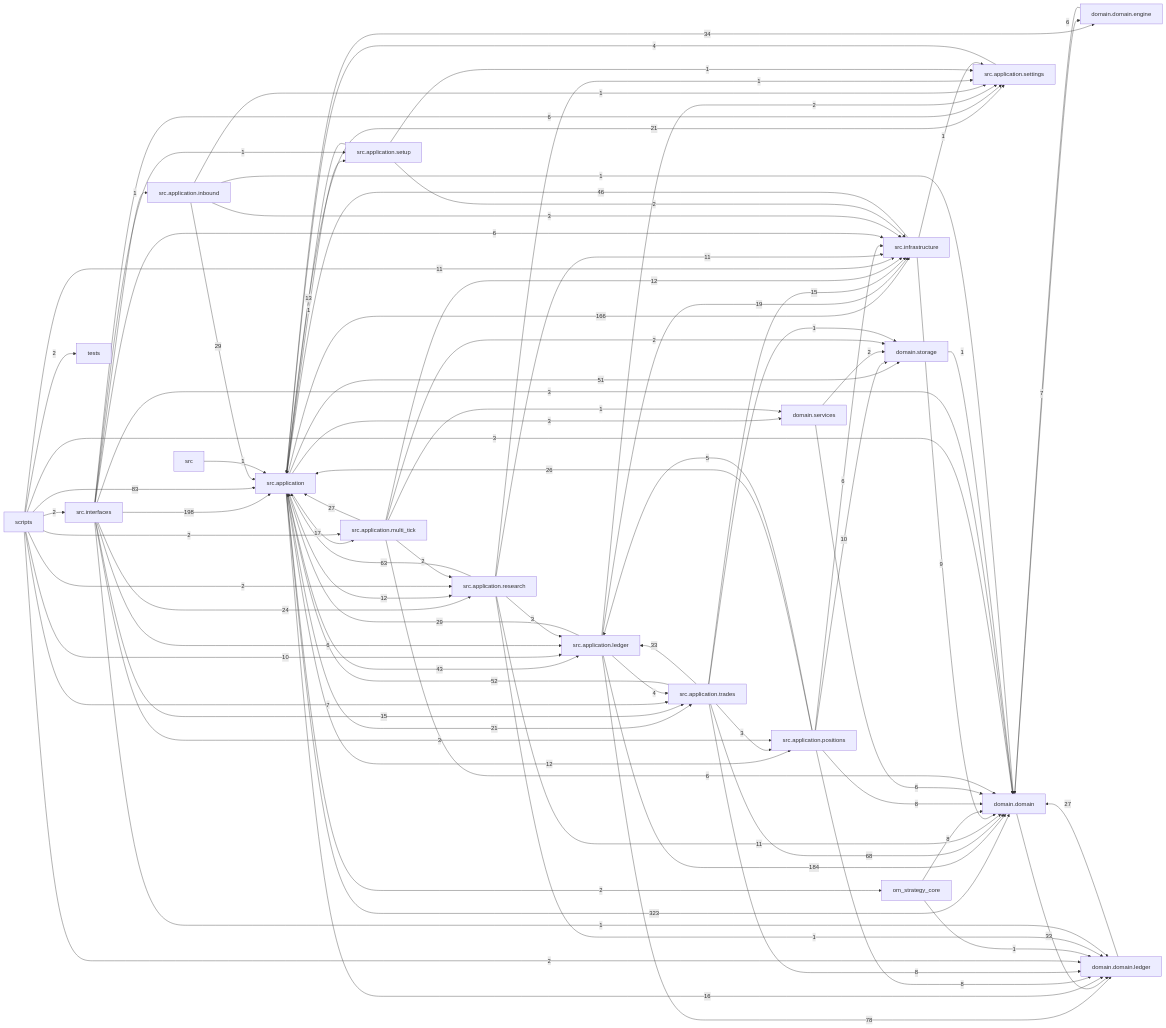
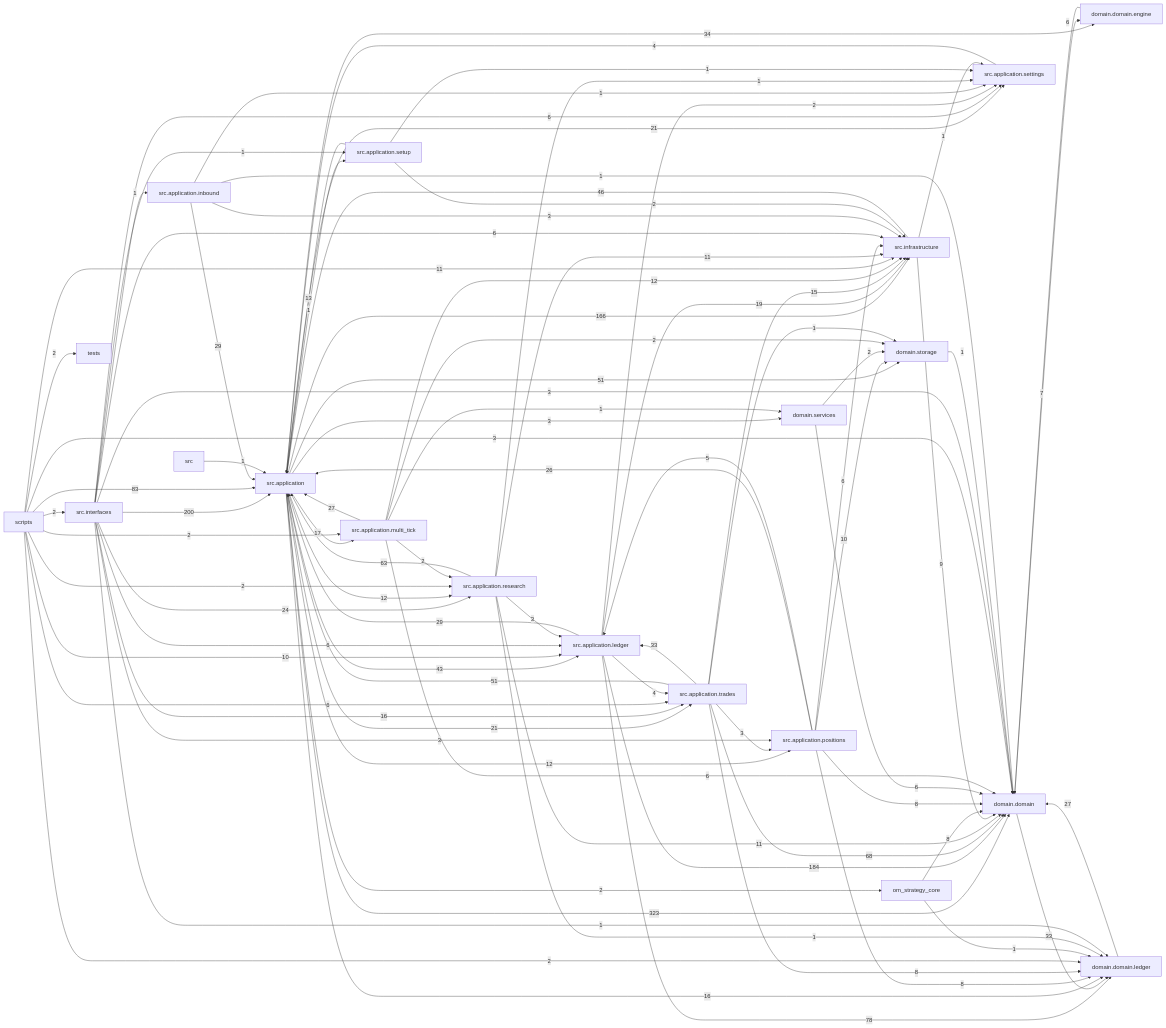
Before and after one commit to liuxie066/options-monitor: the diagram in docs/dependency_graph.mmd, drawn with Mermaid. The commit also changed 53 other files, not shown here.

```diff
--- a/docs/dependency_graph.mmd
+++ b/docs/dependency_graph.mmd
@@ -1,88 +1,88 @@
 flowchart LR
   src_application["src.application"] -->|323| domain_domain["domain.domain"]
-  src_interfaces["src.interfaces"] -->|198| src_application["src.application"]
+  src_interfaces["src.interfaces"] -->|200| src_application["src.application"]
   src_application_ledger["src.application.ledger"] -->|184| domain_domain["domain.domain"]
   src_application["src.application"] -->|166| src_infrastructure["src.infrastructure"]
   scripts["scripts"] -->|83| src_application["src.application"]
   src_application_ledger["src.application.ledger"] -->|78| domain_domain_ledger["domain.domain.ledger"]
   src_application_trades["src.application.trades"] -->|68| domain_domain["domain.domain"]
   src_application_research["src.application.research"] -->|63| src_application["src.application"]
-  src_application_trades["src.application.trades"] -->|52| src_application["src.application"]
   src_application["src.application"] -->|51| domain_storage["domain.storage"]
+  src_application_trades["src.application.trades"] -->|51| src_application["src.application"]
   src_infrastructure["src.infrastructure"] -->|46| src_application["src.application"]
   src_application["src.application"] -->|43| src_application_ledger["src.application.ledger"]
   src_application["src.application"] -->|34| domain_domain_engine["domain.domain.engine"]
   domain_domain["domain.domain"] -->|33| domain_domain_ledger["domain.domain.ledger"]
   src_application_trades["src.application.trades"] -->|33| src_application_ledger["src.application.ledger"]
   src_application_inbound["src.application.inbound"] -->|29| src_application["src.application"]
   src_application_ledger["src.application.ledger"] -->|29| src_application["src.application"]
   domain_domain_ledger["domain.domain.ledger"] -->|27| domain_domain["domain.domain"]
   src_application_multi_tick["src.application.multi_tick"] -->|27| src_application["src.application"]
   src_application_positions["src.application.positions"] -->|26| src_application["src.application"]
   src_interfaces["src.interfaces"] -->|24| src_application_research["src.application.research"]
   src_application["src.application"] -->|21| src_application_settings["src.application.settings"]
   src_application["src.application"] -->|21| src_application_trades["src.application.trades"]
   src_application_ledger["src.application.ledger"] -->|19| src_infrastructure["src.infrastructure"]
   src_application["src.application"] -->|17| src_application_multi_tick["src.application.multi_tick"]
   src_application["src.application"] -->|16| domain_domain_ledger["domain.domain.ledger"]
+  src_interfaces["src.interfaces"] -->|16| src_application_trades["src.application.trades"]
   src_application_trades["src.application.trades"] -->|15| src_infrastructure["src.infrastructure"]
-  src_interfaces["src.interfaces"] -->|15| src_application_trades["src.application.trades"]
   src_application_setup["src.application.setup"] -->|13| src_application["src.application"]
   src_application["src.application"] -->|12| src_application_positions["src.application.positions"]
   src_application["src.application"] -->|12| src_application_research["src.application.research"]
   src_application_multi_tick["src.application.multi_tick"] -->|12| src_infrastructure["src.infrastructure"]
   scripts["scripts"] -->|11| src_infrastructure["src.infrastructure"]
   src_application_research["src.application.research"] -->|11| domain_domain["domain.domain"]
   src_application_research["src.application.research"] -->|11| src_infrastructure["src.infrastructure"]
   scripts["scripts"] -->|10| src_application_ledger["src.application.ledger"]
   src_application_positions["src.application.positions"] -->|10| domain_storage["domain.storage"]
   src_infrastructure["src.infrastructure"] -->|9| domain_domain["domain.domain"]
   om_strategy_core["om_strategy_core"] -->|8| domain_domain["domain.domain"]
   src_application_positions["src.application.positions"] -->|8| domain_domain["domain.domain"]
   src_application_positions["src.application.positions"] -->|8| domain_domain_ledger["domain.domain.ledger"]
   src_application_trades["src.application.trades"] -->|8| domain_domain_ledger["domain.domain.ledger"]
   domain_domain_engine["domain.domain.engine"] -->|7| domain_domain["domain.domain"]
-  scripts["scripts"] -->|7| src_application_trades["src.application.trades"]
   domain_domain["domain.domain"] -->|6| domain_domain_engine["domain.domain.engine"]
   domain_services["domain.services"] -->|6| domain_domain["domain.domain"]
+  scripts["scripts"] -->|6| src_application_trades["src.application.trades"]
   src_application_multi_tick["src.application.multi_tick"] -->|6| domain_domain["domain.domain"]
   src_application_positions["src.application.positions"] -->|6| src_infrastructure["src.infrastructure"]
   src_interfaces["src.interfaces"] -->|6| src_application_ledger["src.application.ledger"]
   src_interfaces["src.interfaces"] -->|6| src_application_settings["src.application.settings"]
   src_interfaces["src.interfaces"] -->|6| src_infrastructure["src.infrastructure"]
   src_application_positions["src.application.positions"] -->|5| src_application_ledger["src.application.ledger"]
   src_application_ledger["src.application.ledger"] -->|4| src_application_trades["src.application.trades"]
   src_application_settings["src.application.settings"] -->|4| src_application["src.application"]
   scripts["scripts"] -->|3| domain_domain["domain.domain"]
   src_application["src.application"] -->|3| domain_services["domain.services"]
   src_application_inbound["src.application.inbound"] -->|3| src_infrastructure["src.infrastructure"]
   src_application_research["src.application.research"] -->|3| src_application_ledger["src.application.ledger"]
   src_application_trades["src.application.trades"] -->|3| src_application_positions["src.application.positions"]
   src_interfaces["src.interfaces"] -->|3| domain_domain["domain.domain"]
   src_interfaces["src.interfaces"] -->|3| src_application_positions["src.application.positions"]
   domain_services["domain.services"] -->|2| domain_storage["domain.storage"]
   scripts["scripts"] -->|2| domain_domain_ledger["domain.domain.ledger"]
   scripts["scripts"] -->|2| src_application_multi_tick["src.application.multi_tick"]
   scripts["scripts"] -->|2| src_application_research["src.application.research"]
   scripts["scripts"] -->|2| src_interfaces["src.interfaces"]
   scripts["scripts"] -->|2| tests["tests"]
   src_application["src.application"] -->|2| om_strategy_core["om_strategy_core"]
   src_application_ledger["src.application.ledger"] -->|2| src_application_settings["src.application.settings"]
   src_application_multi_tick["src.application.multi_tick"] -->|2| domain_storage["domain.storage"]
   src_application_multi_tick["src.application.multi_tick"] -->|2| src_application_research["src.application.research"]
   src_application_setup["src.application.setup"] -->|2| src_infrastructure["src.infrastructure"]
   domain_storage["domain.storage"] -->|1| domain_domain["domain.domain"]
   om_strategy_core["om_strategy_core"] -->|1| domain_domain_ledger["domain.domain.ledger"]
   src["src"] -->|1| src_application["src.application"]
   src_application["src.application"] -->|1| src_application_setup["src.application.setup"]
   src_application_inbound["src.application.inbound"] -->|1| domain_domain["domain.domain"]
   src_application_inbound["src.application.inbound"] -->|1| src_application_settings["src.application.settings"]
   src_application_multi_tick["src.application.multi_tick"] -->|1| domain_services["domain.services"]
   src_application_research["src.application.research"] -->|1| domain_domain_ledger["domain.domain.ledger"]
   src_application_research["src.application.research"] -->|1| src_application_settings["src.application.settings"]
   src_application_setup["src.application.setup"] -->|1| src_application_settings["src.application.settings"]
   src_application_trades["src.application.trades"] -->|1| domain_storage["domain.storage"]
   src_infrastructure["src.infrastructure"] -->|1| src_application_settings["src.application.settings"]
   src_interfaces["src.interfaces"] -->|1| domain_domain_ledger["domain.domain.ledger"]
   src_interfaces["src.interfaces"] -->|1| src_application_inbound["src.application.inbound"]
   src_interfaces["src.interfaces"] -->|1| src_application_setup["src.application.setup"]
```
